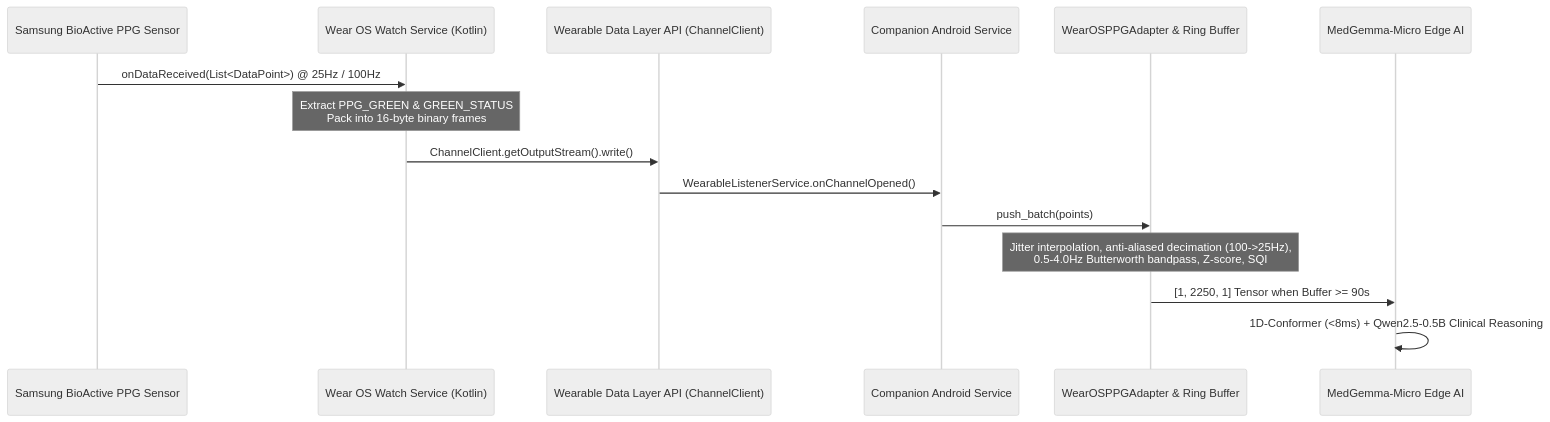
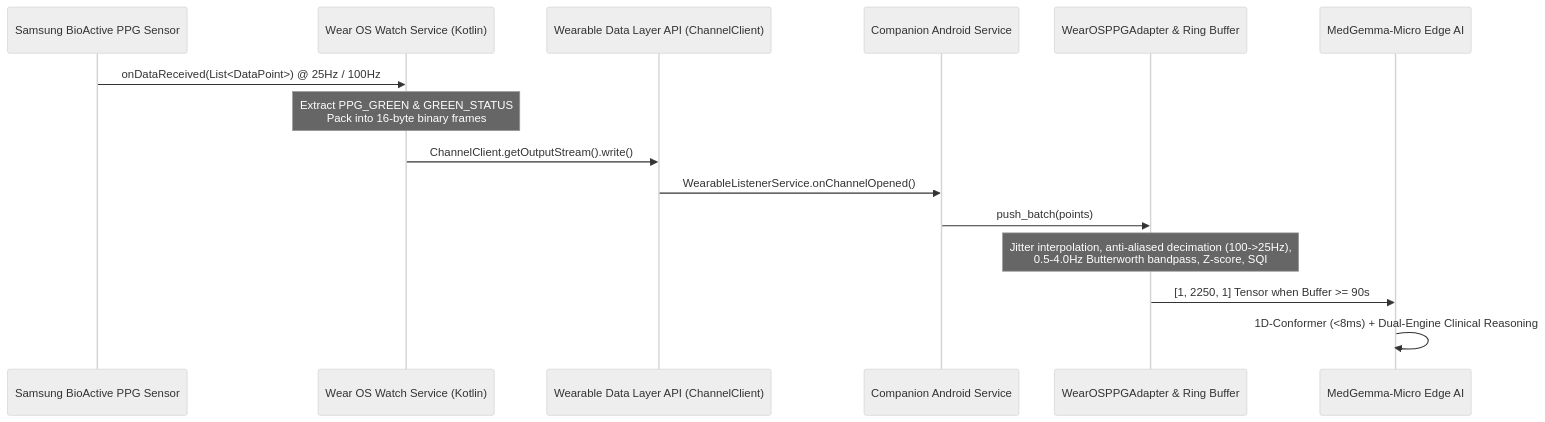
Before and after one commit to embedologist/Cardiac_MedGemma_Micro_model: the fifth of 5 diagrams in DOCUMENTATION.md, drawn with Mermaid (neutral theme). The commit also changed other lines of this file and 14 other files, not shown here.

````diff
--- a/DOCUMENTATION.md
+++ b/DOCUMENTATION.md
@@ -426,18 +453,18 @@
 ```mermaid
 sequenceDiagram
     participant BioActive as Samsung BioActive PPG Sensor
     participant WatchApp as Wear OS Watch Service (Kotlin)
     participant DataLayer as Wearable Data Layer API (ChannelClient)
     participant PhoneApp as Companion Android Service
     participant Adapter as WearOSPPGAdapter & Ring Buffer
     participant Model as MedGemma-Micro Edge AI
 
     BioActive->>WatchApp: onDataReceived(List<DataPoint>) @ 25Hz / 100Hz
     Note over WatchApp: Extract PPG_GREEN & GREEN_STATUS<br/>Pack into 16-byte binary frames
     WatchApp->>DataLayer: ChannelClient.getOutputStream().write()
     DataLayer->>PhoneApp: WearableListenerService.onChannelOpened()
     PhoneApp->>Adapter: push_batch(points)
     Note over Adapter: Jitter interpolation, anti-aliased decimation (100->25Hz),<br/>0.5-4.0Hz Butterworth bandpass, Z-score, SQI
     Adapter->>Model: [1, 2250, 1] Tensor when Buffer >= 90s
-    Model->>Model: 1D-Conformer (<8ms) + Qwen2.5-0.5B Clinical Reasoning
+    Model->>Model: 1D-Conformer (<8ms) + Dual-Engine Clinical Reasoning
 ```
````
